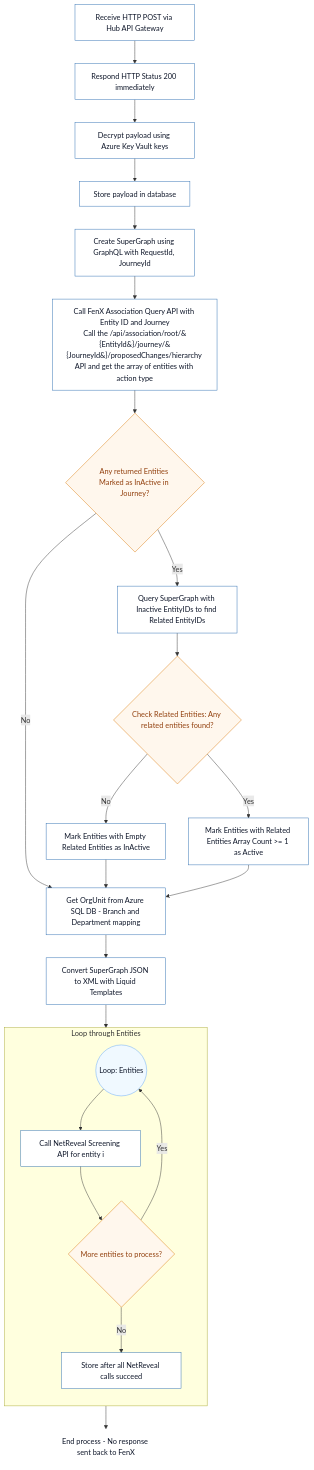
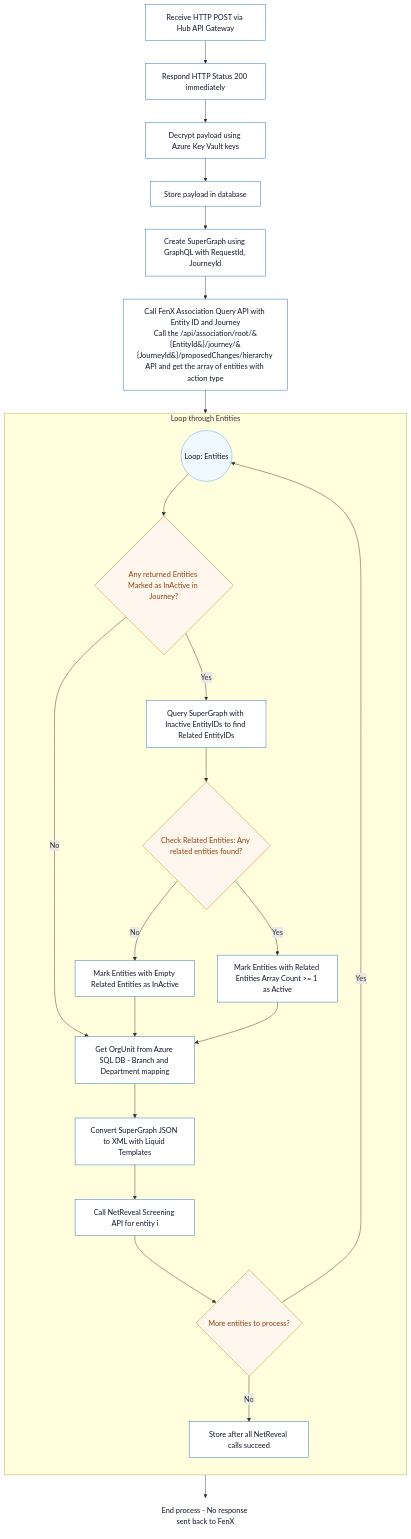
One commit to jojokoshy/Architecture_Diagrams_Python_AI changed the diagram in Arch_Diagrams/v2/screeningflow.mmd. Above: the diagram before and after it, drawn with Mermaid. The commit also changed 1 other file, not shown here.

Commit message:
Refactor CancelFlow and ScreeningFlow diagrams for improved clarity and structure, including updated entity fetching and decision logic

```diff
--- a/Arch_Diagrams/v2/screeningflow.mmd
+++ b/Arch_Diagrams/v2/screeningflow.mmd
@@ -1,36 +1,35 @@
 %%{init: {"theme":"default","themeVariables": {"background":"#ffffff","fontSize":"14"}}}%%
 flowchart TB
 
 %% Shared styles (matching AlertsFlow)
 classDef step fill:#ffffff,stroke:#2b6cb0,color:#0f172a,stroke-width:1px;
 classDef decision fill:#fff7ed,stroke:#d97706,color:#92400e,stroke-width:1px;
 classDef loop fill:#f0f9ff,stroke:#60a5fa,color:#0f172a,stroke-width:1px;
 classDef footer fill:#ffffff,stroke:none,color:#0f172a;
 
 A[Receive HTTP POST via Hub API Gateway]:::step --> B[Respond HTTP Status 200 immediately]:::step
 B --> C[Decrypt payload using Azure Key Vault keys]:::step
 C --> D[Store payload in database]:::step
 D --> E[Create SuperGraph using GraphQL with RequestId, JourneyId]:::step
 E --> FenX[Call FenX Association Query API with Entity ID and Journey<br/>Call the /api/association/root/&#123;EntityId&#125;/journey/&#123;JourneyId&#125;/proposedChanges/hierarchy API and get the array of entities with action type]:::step
-FenX --> F{Any returned Entities Marked as InActive in Journey?}:::decision
-G[Query SuperGraph with Inactive EntityIDs to find Related EntityIDs]:::step
-F -- Yes --> G
-F -- No --> L[Get OrgUnit from Azure SQL DB - Branch and Department mapping]:::step
-G --> H{Check Related Entities: Any related entities found?}:::decision
-H -- No --> Inactive[Mark Entities with Empty Related Entities as InActive]:::step
-H -- Yes --> Active[Mark Entities with Related Entities Array Count >= 1 as Active]:::step
-Inactive --> L
-Active --> L
-
-L --> M[Convert SuperGraph JSON to XML with Liquid Templates]:::step
-M --> LoopStart((Loop: Entities)):::loop
+FenX --> LoopStart((Loop: Entities)):::loop
 
 subgraph EntitiesLoop [Loop through Entities]
   direction TB
-  LoopStart --> N[Call NetReveal Screening API for entity i]:::step
+  LoopStart -->  F{Any returned Entities Marked as InActive in Journey?}:::decision
+  G[Query SuperGraph with Inactive EntityIDs to find Related EntityIDs]:::step
+  F -- Yes --> G
+  F -- No --> L[Get OrgUnit from Azure SQL DB - Branch and Department mapping]:::step
+  G --> H{Check Related Entities: Any related entities found?}:::decision
+  H -- No --> Inactive[Mark Entities with Empty Related Entities as InActive]:::step
+  H -- Yes --> Active[Mark Entities with Related Entities Array Count >= 1 as Active]:::step
+  Inactive --> L
+  Active --> L
+  L --> M[Convert SuperGraph JSON to XML with Liquid Templates]:::step
+  M -->  N[Call NetReveal Screening API for entity i]:::step
   N --> Q{More entities to process?}:::decision
   Q -- Yes --> LoopStart
   Q -- No --> O[Store after all NetReveal calls succeed]:::step
 end
 
 O --> P[End process - No response sent back to FenX]:::footer
```
